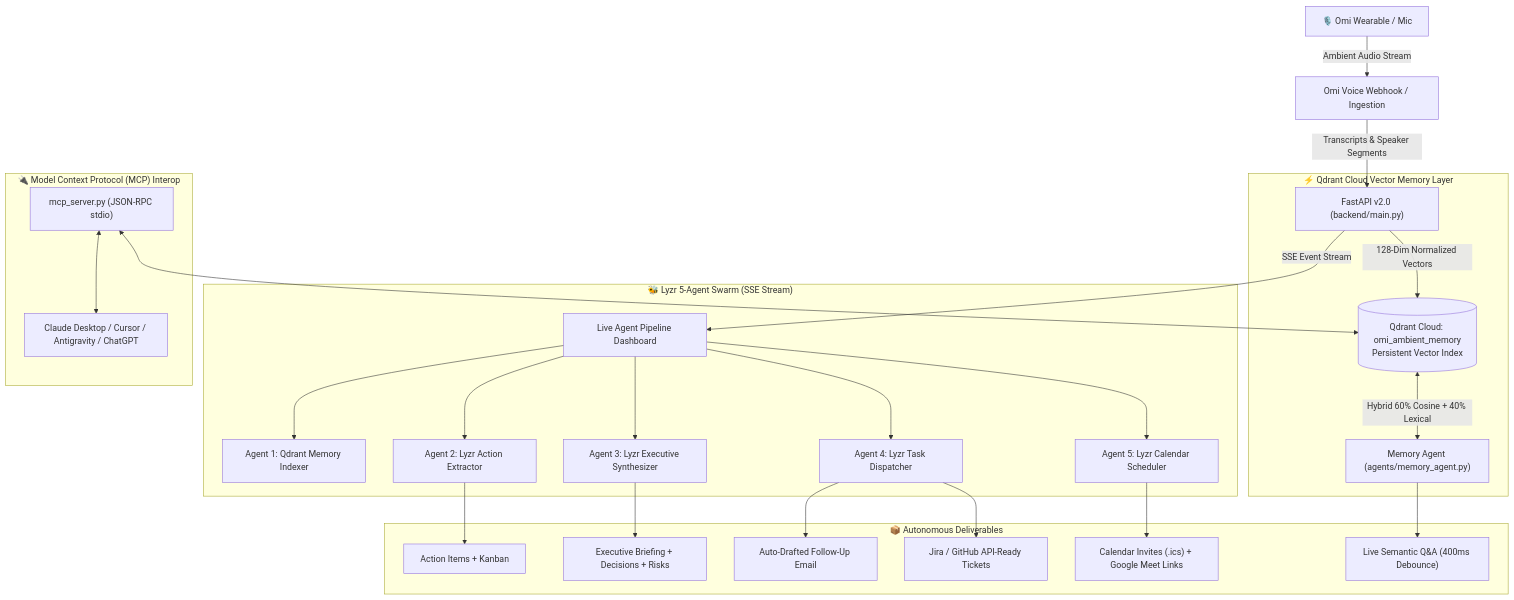
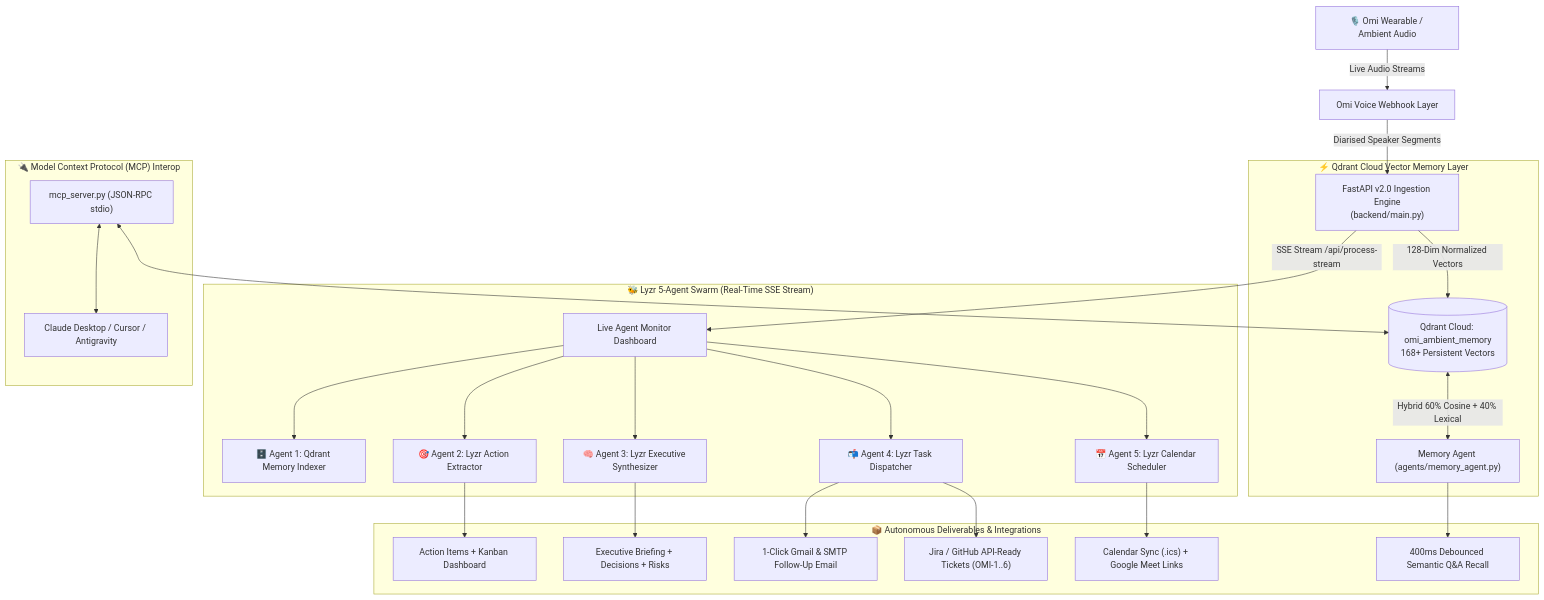
Before and after one commit to masood-mashu/omimind-agent: the diagram in README.md, drawn with Mermaid. The commit also changed other lines of this file, not shown here.

Commit message:
docs: refresh README with live verification results, test coverage, and turnkey demo script

````diff
--- a/README.md
+++ b/README.md
@@ -34,33 +60,33 @@
 ```mermaid
 flowchart TD
-    User["🎙️ Omi Wearable / Mic"] -->|Ambient Audio Stream| Omi["Omi Voice Webhook / Ingestion"]
-    Omi -->|Transcripts & Speaker Segments| Server["FastAPI v2.0 (backend/main.py)"]
+    User["🎙️ Omi Wearable / Ambient Audio"] -->|Live Audio Streams| Omi["Omi Voice Webhook Layer"]
+    Omi -->|Diarised Speaker Segments| FastAPIServer["FastAPI v2.0 Ingestion Engine<br/>(backend/main.py)"]
 
     subgraph QDRANT ["⚡ Qdrant Cloud Vector Memory Layer"]
-        Server -->|128-Dim Normalized Vectors| Qdrant[("Qdrant Cloud: omi_ambient_memory<br/>Persistent Vector Index")]
+        FastAPIServer -->|128-Dim Normalized Vectors| Qdrant[("Qdrant Cloud: omi_ambient_memory<br/>168+ Persistent Vectors")]
         Qdrant <-->|Hybrid 60% Cosine + 40% Lexical| MemAgent["Memory Agent (agents/memory_agent.py)"]
     end
 
-    subgraph LYZR ["🐝 Lyzr 5-Agent Swarm (SSE Stream)"]
-        Server -->|SSE Event Stream| Stream["Live Agent Pipeline Dashboard"]
-        Stream --> A1["Agent 1: Qdrant Memory Indexer"]
-        Stream --> A2["Agent 2: Lyzr Action Extractor"]
-        Stream --> A3["Agent 3: Lyzr Executive Synthesizer"]
-        Stream --> A4["Agent 4: Lyzr Task Dispatcher"]
-        Stream --> A5["Agent 5: Lyzr Calendar Scheduler"]
+    subgraph LYZR ["🐝 Lyzr 5-Agent Swarm (Real-Time SSE Stream)"]
+        FastAPIServer -->|SSE Stream /api/process-stream| Stream["Live Agent Monitor Dashboard"]
+        Stream --> A1["🗄️ Agent 1: Qdrant Memory Indexer"]
+        Stream --> A2["🎯 Agent 2: Lyzr Action Extractor"]
+        Stream --> A3["🧠 Agent 3: Lyzr Executive Synthesizer"]
+        Stream --> A4["📬 Agent 4: Lyzr Task Dispatcher"]
+        Stream --> A5["📅 Agent 5: Lyzr Calendar Scheduler"]
     end
 
-    subgraph OUTPUTS ["📦 Autonomous Deliverables"]
-        A2 --> Actions["Action Items + Kanban"]
+    subgraph OUTPUTS ["📦 Autonomous Deliverables & Integrations"]
+        A2 --> Actions["Action Items + Kanban Dashboard"]
         A3 --> Dossier["Executive Briefing + Decisions + Risks"]
-        A4 --> Email["Auto-Drafted Follow-Up Email"]
-        A4 --> Jira["Jira / GitHub API-Ready Tickets"]
-        A5 --> Calendar["Calendar Invites (.ics) + Google Meet Links"]
-        MemAgent --> QnA["Live Semantic Q&A (400ms Debounce)"]
+        A4 --> Email["1-Click Gmail & SMTP Follow-Up Email"]
+        A4 --> Jira["Jira / GitHub API-Ready Tickets (OMI-1..6)"]
+        A5 --> Calendar["Calendar Sync (.ics) + Google Meet Links"]
+        MemAgent --> QnA["400ms Debounced Semantic Q&A Recall"]
     end
 
     subgraph MCP ["🔌 Model Context Protocol (MCP) Interop"]
         MCP_Server["mcp_server.py (JSON-RPC stdio)"] <--> Qdrant
-        MCP_Server <--> ExternalAgents["Claude Desktop / Cursor / Antigravity / ChatGPT"]
+        MCP_Server <--> ExternalAgents["Claude Desktop / Cursor / Antigravity"]
     end
 ```
````
